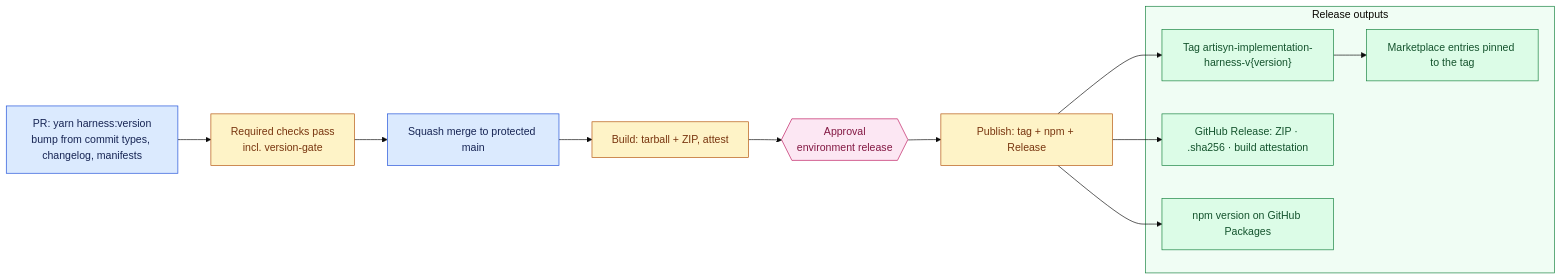
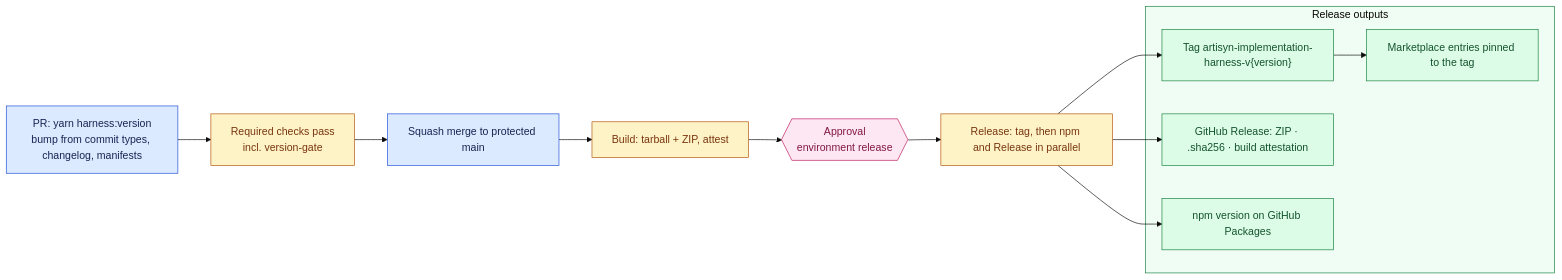
The diagram in docs/Harness/09 Distribution/03 Versioning and Releases.md (DataArt/artisyn-implementation-harness), drawn with Mermaid (base theme) before and after one commit. The commit also changed other lines of this file and 6 other files, not shown here.

Commit message:
docs(release): name the release, publish-npm and publish-github jobs

````diff
--- a/docs/Harness/09 Distribution/03 Versioning and Releases.md
+++ b/docs/Harness/09 Distribution/03 Versioning and Releases.md
@@ -27,32 +27,32 @@
 ```mermaid
 flowchart LR
     V["PR: yarn harness:version\nbump from commit types, changelog, manifests"]
     C["Required checks pass\nincl. version-gate"]
     M["Squash merge to protected main"]
     B["Build: tarball + ZIP, attest"]
     A{{"Approval\nenvironment release"}}
-    R["Publish: tag + npm + Release"]
+    R["Release: tag, then npm and Release in parallel"]
 
     subgraph OUT["Release outputs"]
         T["Tag artisyn-implementation-harness-v{version}"]
         GR["GitHub Release: ZIP · .sha256 · build attestation"]
         N["npm version on GitHub Packages"]
         MK["Marketplace entries pinned to the tag"]
     end
 
     V --> C --> M --> B --> A --> R
     R --> T
     R --> GR
     R --> N
     T --> MK
 
     classDef source fill:#dbeafe,stroke:#1d4ed8,color:#172554
     classDef pipeline fill:#fef3c7,stroke:#b45309,color:#78350f
     classDef gate fill:#fce7f3,stroke:#be185d,color:#831843
     classDef channel fill:#dcfce7,stroke:#15803d,color:#14532d
     class V,M source
     class C,B,R pipeline
     class A gate
     class T,GR,N,MK channel
     style OUT fill:#f0fdf4,stroke:#15803d
 ```
````
